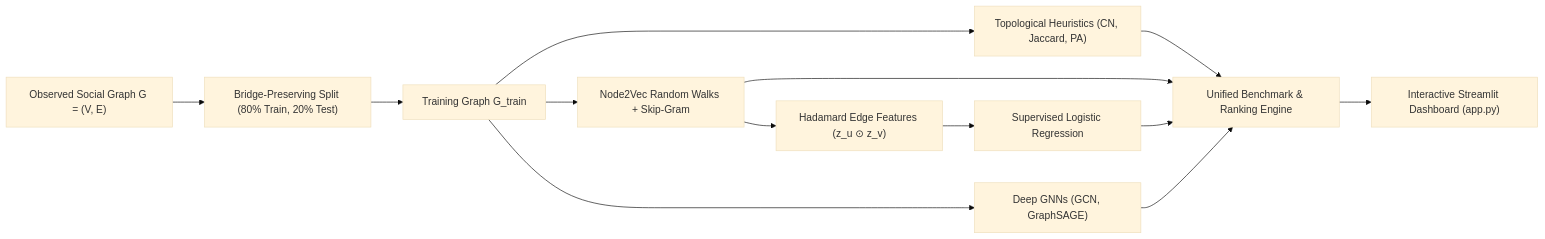
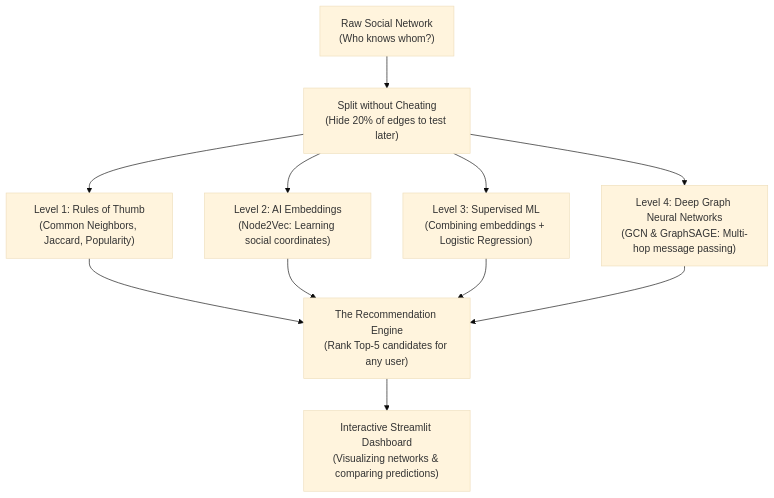
Before and after one commit to NS145/Social-Network-Recommendation: the diagram in docs/THEORY_AND_IMPLEMENTATION_GUIDE.md, drawn with Mermaid (base theme). The commit also changed other lines of this file, not shown here.

Commit message:
docs: rewrite theory guide with intuitive high-level A-to-Z explanations and diagrams

````diff
--- a/docs/THEORY_AND_IMPLEMENTATION_GUIDE.md
+++ b/docs/THEORY_AND_IMPLEMENTATION_GUIDE.md
@@ -21,15 +18,13 @@
 ```mermaid
-flowchart LR
-    A["Observed Social Graph G = (V, E)"] --> B["Bridge-Preserving Split (80% Train, 20% Test)"]
-    B --> C["Training Graph G_train"]
-    C --> D1["Topological Heuristics (CN, Jaccard, PA)"]
-    C --> D2["Node2Vec Random Walks + Skip-Gram"]
-    C --> D3["Deep GNNs (GCN, GraphSAGE)"]
-    D2 --> E1["Hadamard Edge Features (z_u ⊙ z_v)"]
-    E1 --> E2["Supervised Logistic Regression"]
-    D1 --> F["Unified Benchmark & Ranking Engine"]
-    D2 --> F
-    E2 --> F
-    D3 --> F
-    F --> G["Interactive Streamlit Dashboard (app.py)"]
+flowchart TD
+    A["Raw Social Network\n(Who knows whom?)"] --> B["Split without Cheating\n(Hide 20% of edges to test later)"]
+    B --> C1["Level 1: Rules of Thumb\n(Common Neighbors, Jaccard, Popularity)"]
+    B --> C2["Level 2: AI Embeddings\n(Node2Vec: Learning social coordinates)"]
+    B --> C3["Level 3: Supervised ML\n(Combining embeddings + Logistic Regression)"]
+    B --> C4["Level 4: Deep Graph Neural Networks\n(GCN & GraphSAGE: Multi-hop message passing)"]
+    C1 --> D["The Recommendation Engine\n(Rank Top-5 candidates for any user)"]
+    C2 --> D
+    C3 --> D
+    C4 --> D
+    D --> E["Interactive Streamlit Dashboard\n(Visualizing networks & comparing predictions)"]
 ```
````
